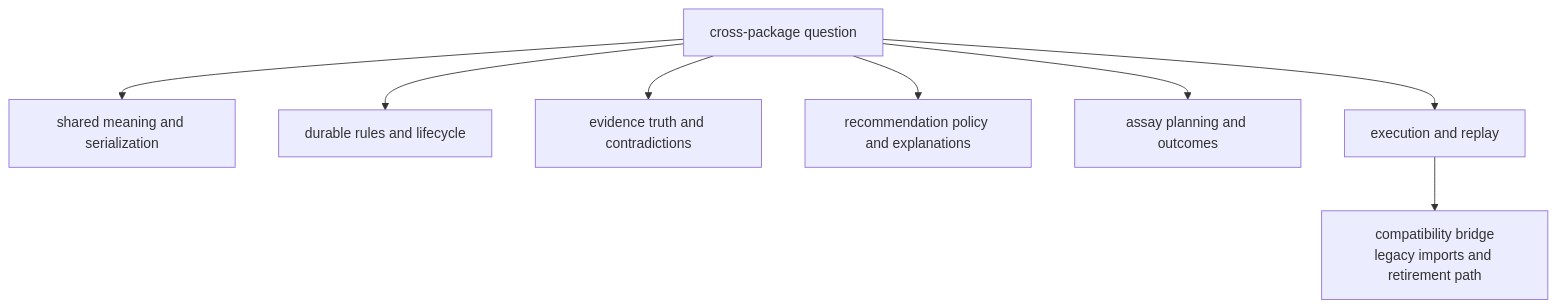
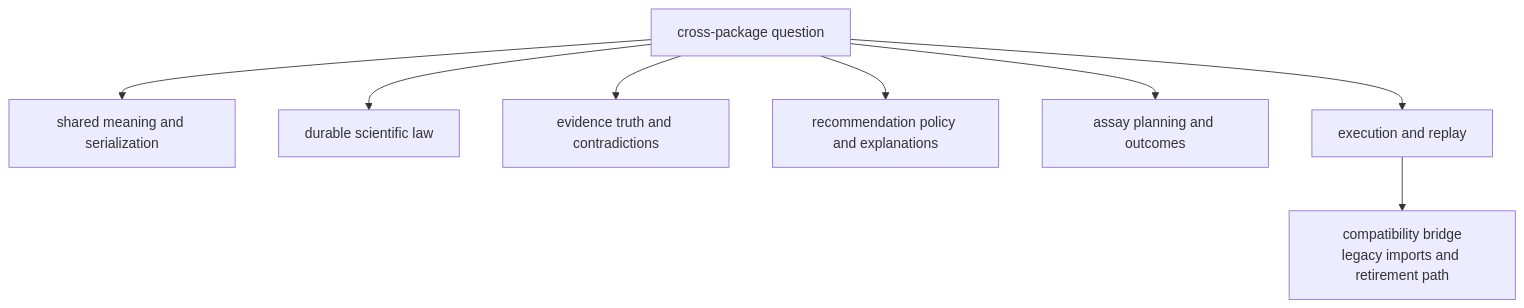
The diagram in docs/01-bijux-proteomics/foundation/package-map.md (bijux/bijux-proteomics), drawn with Mermaid before and after one commit. The commit also changed other lines of this file and 4 other files, not shown here.

````diff
--- a/docs/01-bijux-proteomics/foundation/package-map.md
+++ b/docs/01-bijux-proteomics/foundation/package-map.md
@@ -24,19 +24,19 @@
 ```mermaid
 flowchart TB
     question["cross-package question"]
     foundation["shared meaning and serialization"]
-    core["durable rules and lifecycle"]
+    core["durable scientific law"]
     knowledge["evidence truth and contradictions"]
     intelligence["recommendation policy and explanations"]
     lab["assay planning and outcomes"]
     runtime["execution and replay"]
     bridge["compatibility bridge<br/>legacy imports and retirement path"]
 
     question --> foundation
     question --> core
     question --> knowledge
     question --> intelligence
     question --> lab
     question --> runtime
     runtime --> bridge
 ```
````
